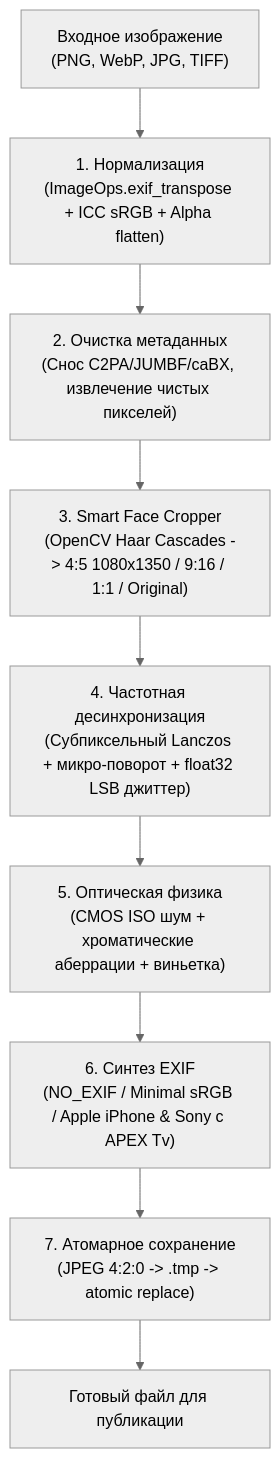
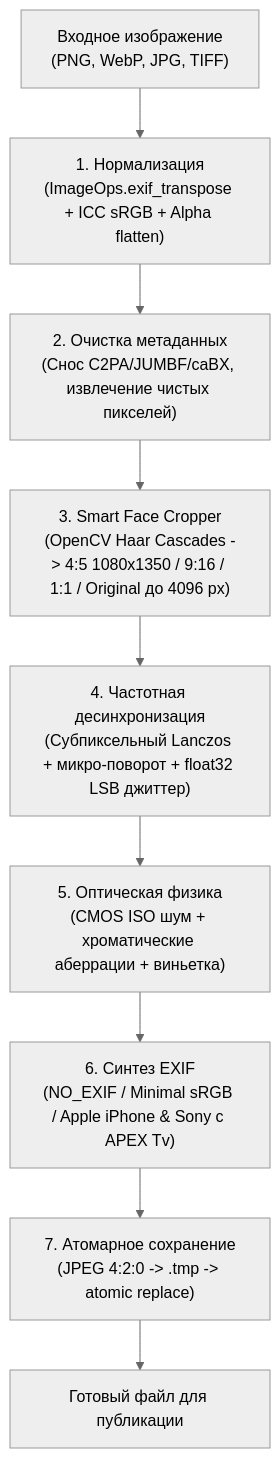
One commit to csezet/reelsator changed the diagram in README.md. Above: the diagram before and after it, drawn with Mermaid (neutral theme). The commit also changed other lines of this file and 2 other files, not shown here.

````diff
--- a/README.md
+++ b/README.md
@@ -30,11 +30,11 @@
 ```mermaid
 flowchart TD
     A["Входное изображение<br>(PNG, WebP, JPG, TIFF)"] --> B["1. Нормализация<br>(ImageOps.exif_transpose + ICC sRGB + Alpha flatten)"]
     B --> C["2. Очистка метаданных<br>(Снос C2PA/JUMBF/caBX, извлечение чистых пикселей)"]
-    C --> D["3. Smart Face Cropper<br>(OpenCV Haar Cascades -> 4:5 1080x1350 / 9:16 / 1:1 / Original)"]
+    C --> D["3. Smart Face Cropper<br>(OpenCV Haar Cascades -> 4:5 1080x1350 / 9:16 / 1:1 / Original до 4096 px)"]
     D --> E["4. Частотная десинхронизация<br>(Субпиксельный Lanczos + микро-поворот + float32 LSB джиттер)"]
     E --> F["5. Оптическая физика<br>(CMOS ISO шум + хроматические аберрации + виньетка)"]
     F --> G["6. Синтез EXIF<br>(NO_EXIF / Minimal sRGB / Apple iPhone & Sony с APEX Tv)"]
     G --> H["7. Атомарное сохранение<br>(JPEG 4:2:0 -> .tmp -> atomic replace)"]
     H --> I["Готовый файл для публикации"]
 ```
````
